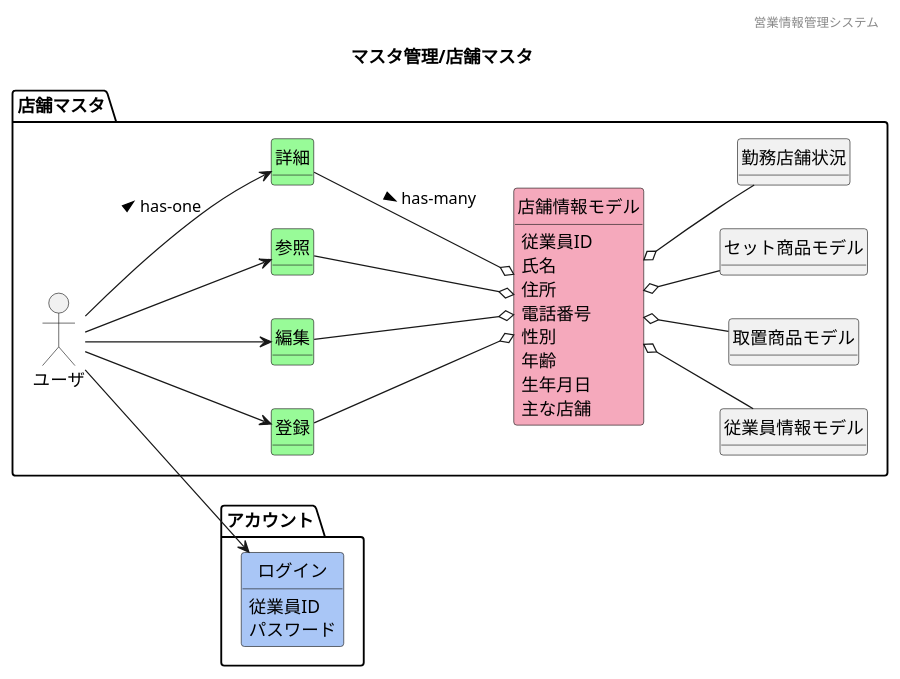
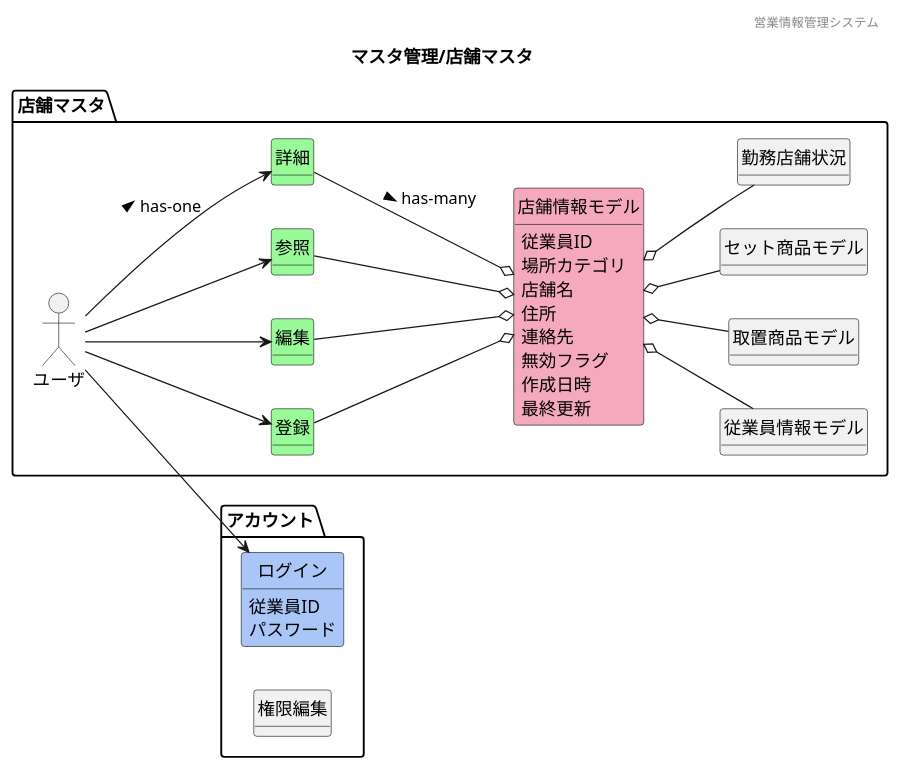
The diagram in 各種設計書/1ドメインモデル図/マスタ管理/F02店舗マスタ.plantuml (HaruShim/Sotuken), drawn with PlantUML before and after one commit. The commit also changed 13 other files, not shown here.

```diff
--- a/各種設計書/1ドメインモデル図/マスタ管理/F02店舗マスタ.plantuml
+++ b/各種設計書/1ドメインモデル図/マスタ管理/F02店舗マスタ.plantuml
@@ -1,95 +1,96 @@
 @startuml images/マスタ管理/店舗マスタ
 ' ヘッダー
 header 営業情報管理システム
 ' タイトル
 title マスタ管理/店舗マスタ
 ' 
 hide circle
 ' 
 hide method
 ' hide members
 left to right direction
 
 package "アカウント"{
     class "ログイン" #A9C6F6
+    class "権限編集"
 }
 
 package "店舗マスタ"{
     mix_actor "ユーザ"
     class "登録" #98fb98
     class "編集" #98fb98
     class "参照" #98fb98
     class "詳細" #98fb98
     class "店舗情報モデル" #F5A9BC
     class "従業員情報モデル"
     class "取置商品モデル"
     class "セット商品モデル"
     ' class "" #F5A9BC
     ' class "" #F5A9BC
     
 
     ユーザ --> 参照
     ユーザ --> 登録
     ユーザ --> 編集
     ユーザ --> 詳細 : > has-one
     ユーザ --> ログイン
     参照 --o 店舗情報モデル
     登録 --o 店舗情報モデル
     編集 --o 店舗情報モデル
     詳細 --o 店舗情報モデル : > has-many
     店舗情報モデル o-- 勤務店舗状況
     店舗情報モデル o-- 従業員情報モデル
     店舗情報モデル o-- 取置商品モデル
     店舗情報モデル o-- セット商品モデル
 
     店舗情報モデル : 従業員ID
-    店舗情報モデル : 氏名
+    店舗情報モデル : 場所カテゴリ
+    店舗情報モデル : 店舗名
     店舗情報モデル : 住所
-    店舗情報モデル : 電話番号
-    店舗情報モデル : 性別
-    店舗情報モデル : 年齢
-    店舗情報モデル : 生年月日
-    店舗情報モデル : 主な店舗
+    店舗情報モデル : 連絡先
+    店舗情報モデル : 無効フラグ
+    店舗情報モデル : 作成日時
+    店舗情報モデル : 最終更新
     ' 勤務店舗状況 : 店舗名
     ' 勤務店舗状況 : 従業員数
     ' 勤務店舗状況 : 責任者
     ' 店舗情報モデル : 店舗名
     ' 店舗情報モデル : 住所
     ' 店舗情報モデル : 連絡先
     ' 店舗情報モデル : 店長
     ' 店舗情報モデル : 主な従業員
     ' セット商品モデル : セット商品ID
     ' セット商品モデル : セット名
     ' セット商品モデル : 商品コード
     ' セット商品モデル : 型番
     ' セット商品モデル : 店舗ID[FK]
     ' セット商品モデル : 商品数
     ' セット商品モデル : 作成日時
     ' セット商品モデル : 最終更新日時
     ' 取置商品モデル : 取置予約ID
     ' 取置商品モデル : 商品コード[FK]
     ' 取置商品モデル : 型番
     ' 取置商品モデル : 店舗ID[FK]
     ' 取置商品モデル : 予約者氏名
     ' 取置商品モデル : 連絡先
     ' 取置商品モデル : 予約日時
     ' 取置商品モデル : 最終更新日時
     ' 従業員情報モデル : 従業員ID
     ' 従業員情報モデル : 雇用形態
     ' 従業員情報モデル : 店舗ID[FK]
     ' 従業員情報モデル : 氏名
     ' 従業員情報モデル : 氏名(カナ)
     ' 従業員情報モデル : 電話番号
     ' 従業員情報モデル : 性別
     ' 従業員情報モデル : 生年月日
     ' 従業員情報モデル : 年齢
     ' 従業員情報モデル : パスワード
     ' 従業員情報モデル : 無効フラグ
     ' 従業員情報モデル : 作成日時
     ' 従業員情報モデル : 最終更新日時
     ログイン : 従業員ID
     ログイン : パスワード
 }
 
 
 @enduml
```
